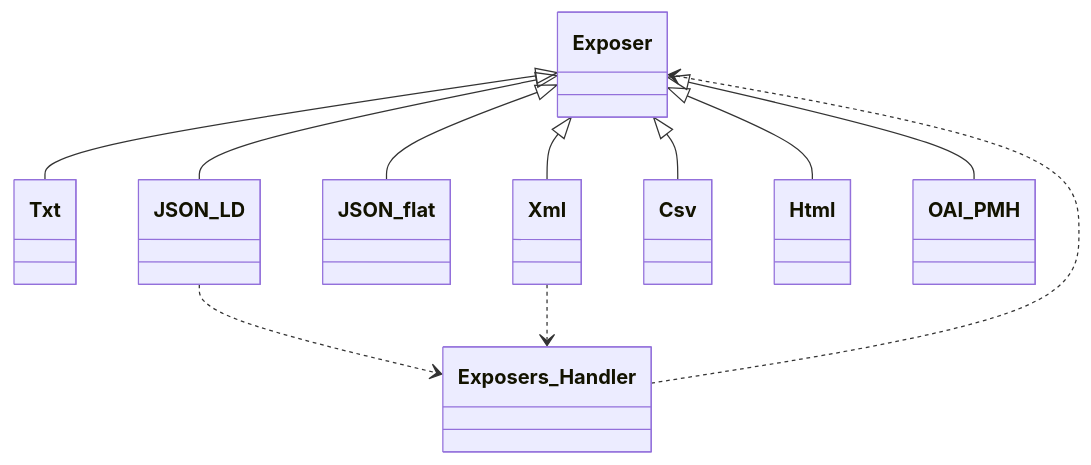
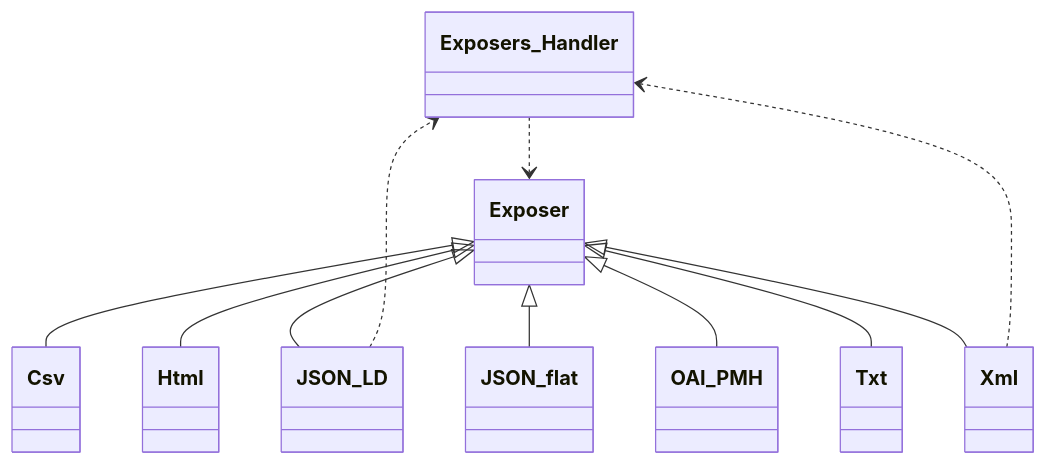
Before and after one commit to tainacan/tainacan: the sixth of 13 diagrams in docs/phpdoc/Home.md, drawn with Mermaid. The commit also changed other lines of this file and 65 other files, not shown here.

````diff
--- a/docs/phpdoc/Home.md
+++ b/docs/phpdoc/Home.md
@@ -451,23 +451,23 @@
 ```mermaid
 classDiagram
     direction TB
+    class Exposers_Handler { }
+    class Html { }
     class Exposer { }
+    class JSON_LD { }
+    class Csv { }
+    class Xml { }
+    class JSON_flat { }
     class Txt { }
-    class JSON_LD { }
-    class JSON_flat { }
-    class Xml { }
-    class Csv { }
-    class Html { }
     class OAI_PMH { }
-    class Exposers_Handler { }
     Exposer <|-- Csv
     Exposer <|-- Html
     Exposer <|-- JSON_LD
     Exposer <|-- JSON_flat
     Exposer <|-- OAI_PMH
     Exposer <|-- Txt
     Exposer <|-- Xml
     Exposers_Handler ..> Exposer
     JSON_LD ..> Exposers_Handler
     Xml ..> Exposers_Handler
 ```
````
